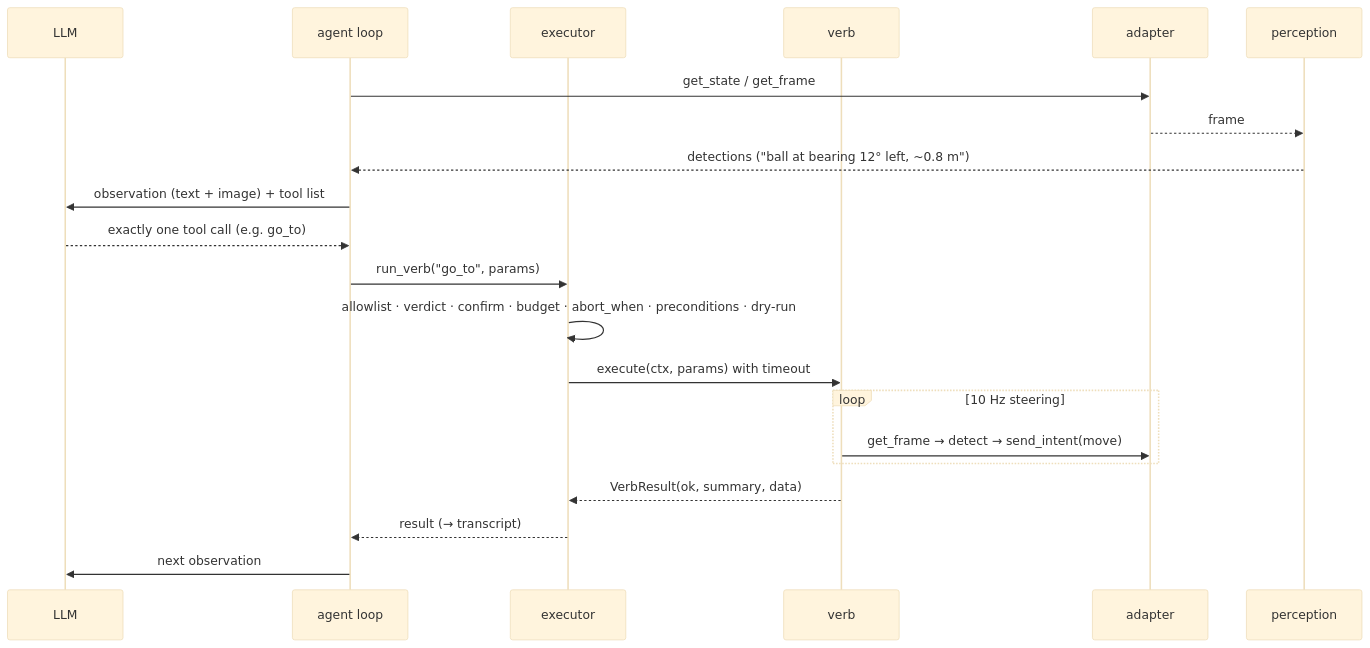
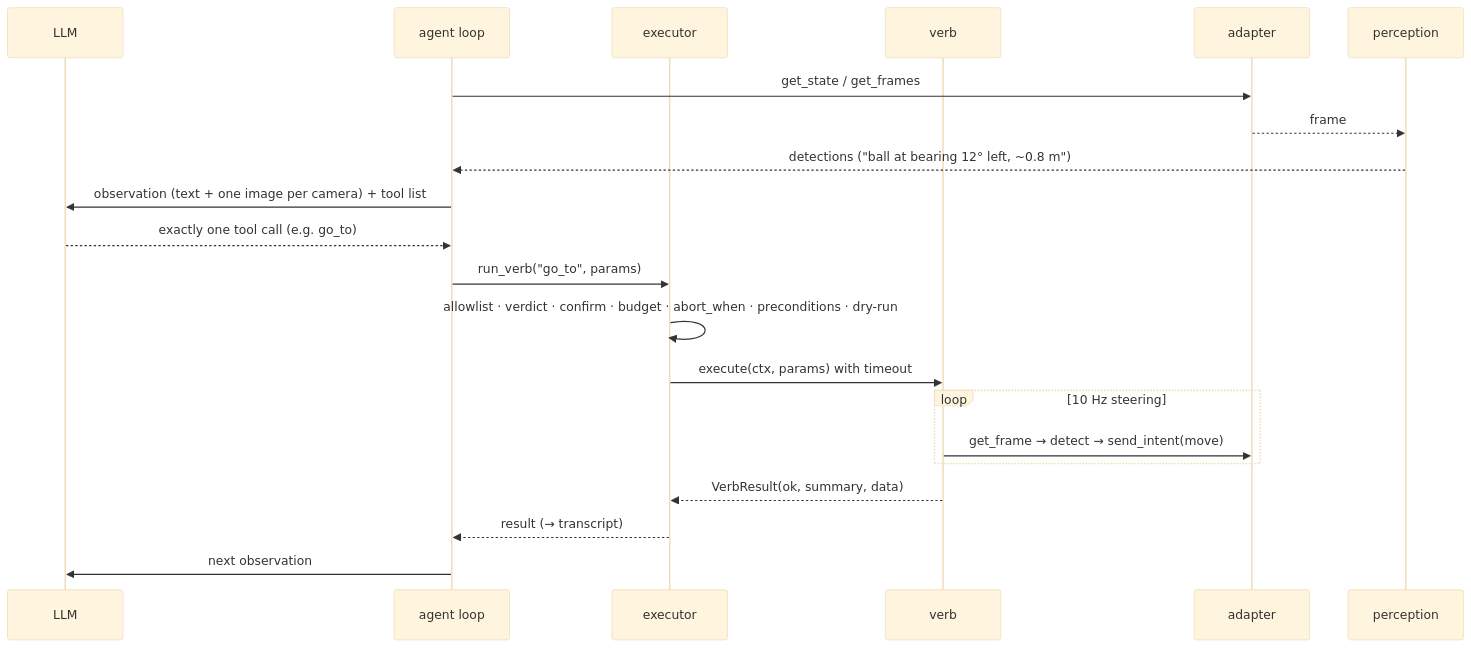
Before and after one commit to mantoumaster/quackd: the diagram in docs/architecture.md, drawn with Mermaid (base theme). The commit also changed other lines of this file and 38 other files, not shown here.

````diff
--- a/docs/architecture.md
+++ b/docs/architecture.md
@@ -57,23 +57,23 @@
 ```mermaid
 sequenceDiagram
     participant L as LLM
     participant A as agent loop
     participant E as executor
     participant V as verb
     participant T as adapter
     participant P as perception
-    A->>T: get_state / get_frame
+    A->>T: get_state / get_frames
     T-->>P: frame
     P-->>A: detections ("ball at bearing 12° left, ~0.8 m")
-    A->>L: observation (text + image) + tool list
+    A->>L: observation (text + one image per camera) + tool list
     L-->>A: exactly one tool call (e.g. go_to)
     A->>E: run_verb("go_to", params)
     E->>E: allowlist · verdict · confirm · budget · abort_when · preconditions · dry-run
     E->>V: execute(ctx, params) with timeout
     loop 10 Hz steering
         V->>T: get_frame → detect → send_intent(move)
     end
     V-->>E: VerbResult(ok, summary, data)
     E-->>A: result (→ transcript)
     A->>L: next observation
 ```
````
